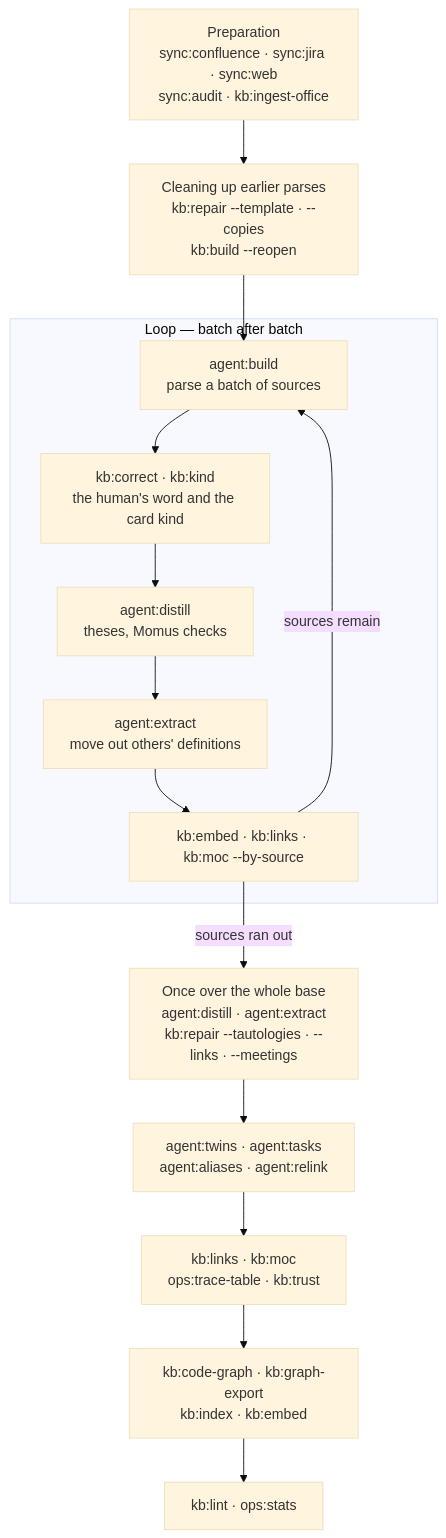
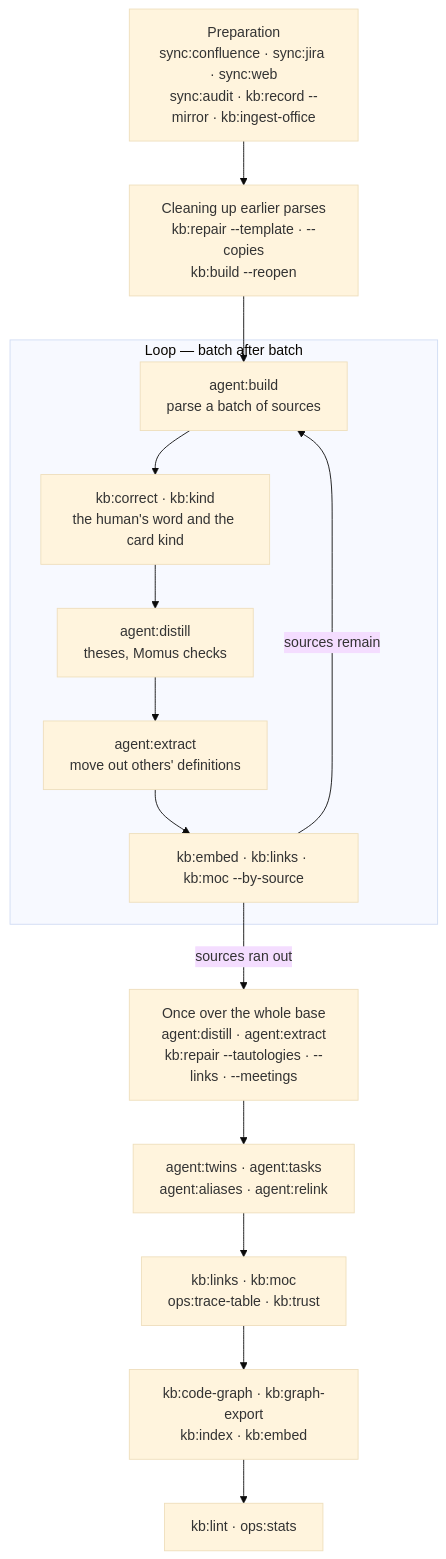
One commit to VVG-web/aurora-studio changed the second of 4 diagrams in docs/en/lifecycle.md. Above: the diagram before and after it, drawn with Mermaid (base theme). The commit also changed other lines of this file and 18 other files, not shown here.

````diff
--- a/docs/en/lifecycle.md
+++ b/docs/en/lifecycle.md
@@ -84,17 +84,17 @@
 ```mermaid
 flowchart TD
-  A["Preparation<br>sync:confluence · sync:jira · sync:web<br>sync:audit · kb:ingest-office"] --> B["Cleaning up earlier parses<br>kb:repair --template · --copies<br>kb:build --reopen"]
+  A["Preparation<br>sync:confluence · sync:jira · sync:web<br>sync:audit · kb:record --mirror · kb:ingest-office"] --> B["Cleaning up earlier parses<br>kb:repair --template · --copies<br>kb:build --reopen"]
   B --> C
   subgraph LOOP["Loop — batch after batch"]
     C["agent:build<br>parse a batch of sources"] --> D["kb:correct · kb:kind<br>the human's word and the card kind"]
     D --> E["agent:distill<br>theses, Momus checks"]
     E --> F["agent:extract<br>move out others' definitions"]
     F --> G["kb:embed · kb:links · kb:moc --by-source"]
   end
   G -->|"sources remain"| C
   G -->|"sources ran out"| H
   H["Once over the whole base<br>agent:distill · agent:extract<br>kb:repair --tautologies · --links · --meetings"] --> I["agent:twins · agent:tasks<br>agent:aliases · agent:relink"]
   I --> J["kb:links · kb:moc<br>ops:trace-table · kb:trust"]
   J --> K["kb:code-graph · kb:graph-export<br>kb:index · kb:embed"]
   K --> L["kb:lint · ops:stats"]
 ```
````
